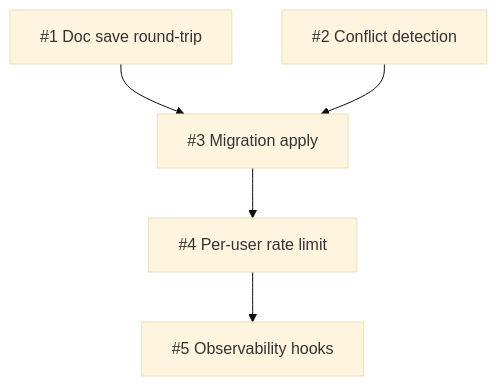
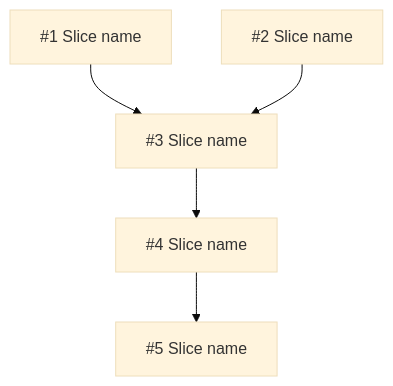
One commit to ahabeeb1/skills changed the diagram in skills/write-plan/references/plan-template.md. Above: the diagram before and after it, drawn with Mermaid (base theme). The commit also changed other lines of this file and 25 other files, not shown here.

````diff
--- a/skills/write-plan/references/plan-template.md
+++ b/skills/write-plan/references/plan-template.md
@@ -70,7 +91,7 @@
 ```mermaid
 flowchart TD
-  S1[#1 Doc save round-trip] --> S3[#3 Migration apply]
-  S2[#2 Conflict detection] --> S3
-  S3 --> S4[#4 Per-user rate limit]
-  S4 --> S5[#5 Observability hooks]
+  S1[#1 Slice name] --> S3[#3 Slice name]
+  S2[#2 Slice name] --> S3
+  S3 --> S4[#4 Slice name]
+  S4 --> S5[#5 Slice name]
 ```
````
